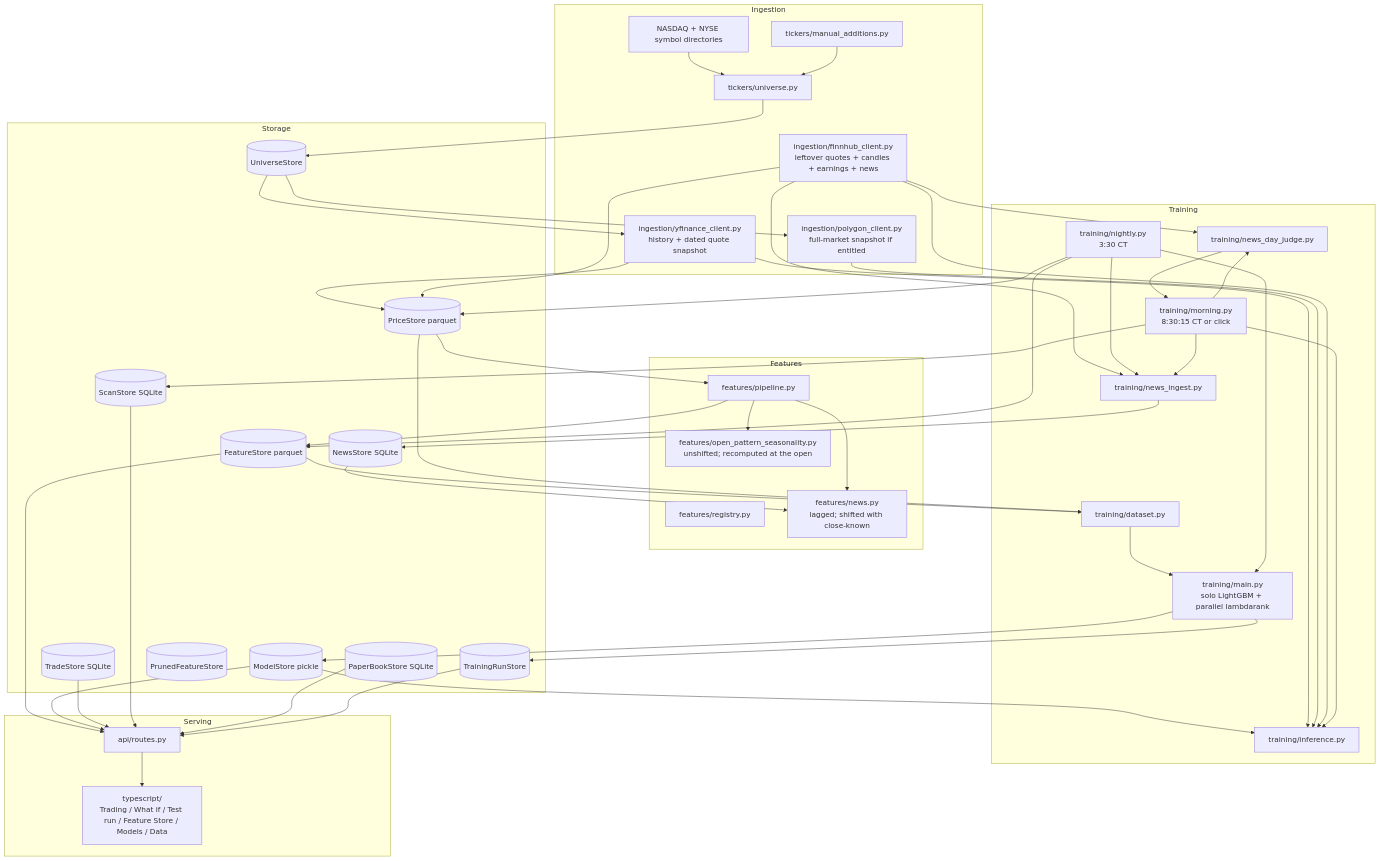
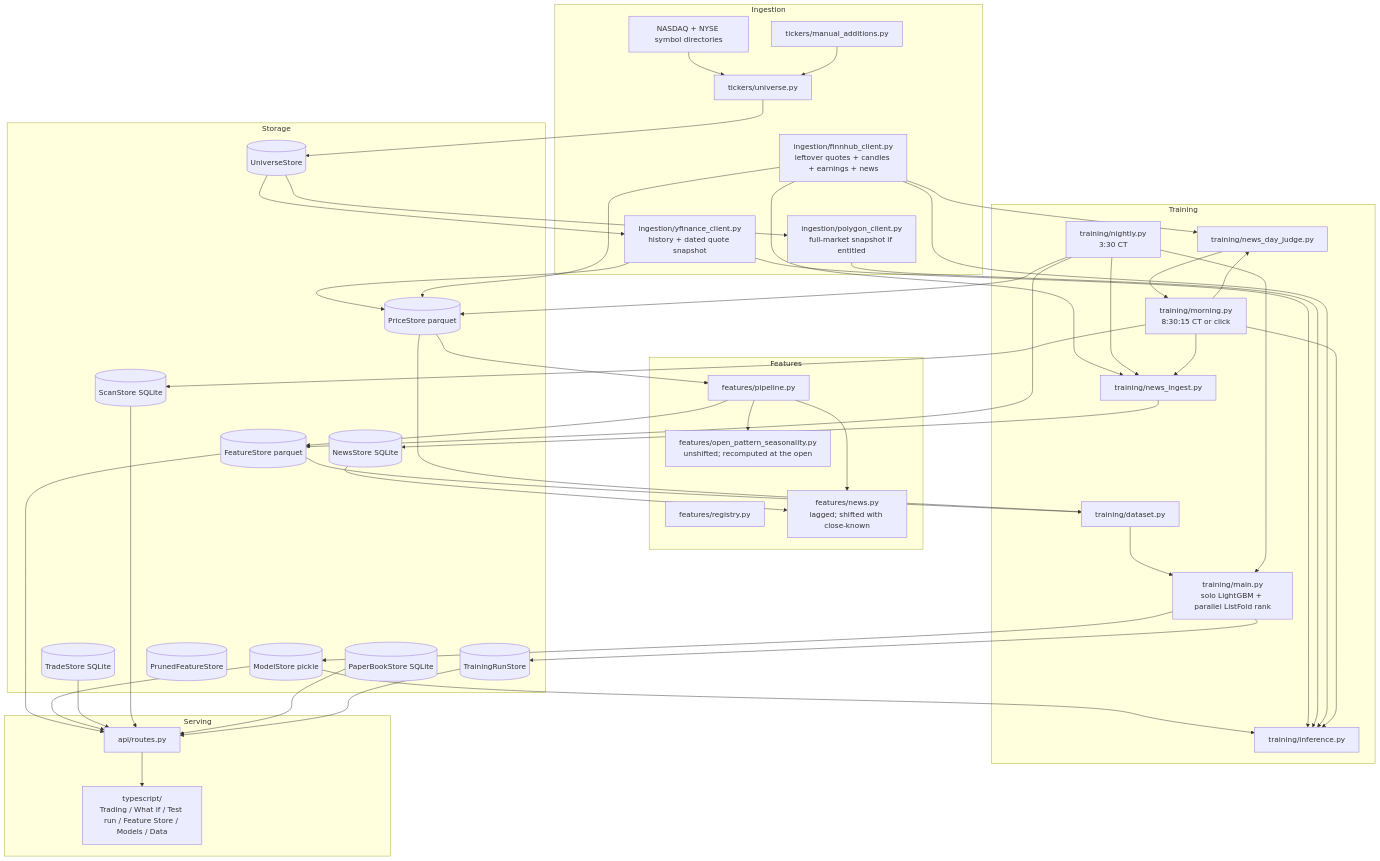
Before and after one commit to fartzy/stock-picker: the diagram in README.md, drawn with Mermaid. The commit also changed other lines of this file and 18 other files, not shown here.

First line of the commit message:
Promote Rank to ListFold; add listwise objectives and a consensus bake-off (#129)

```diff
--- a/README.md
+++ b/README.md
@@ -58,7 +58,7 @@
 
     subgraph Training
         DATASET["training/dataset.py"]
-        TRAIN["training/main.py<br/>solo LightGBM + parallel lambdarank"]
+        TRAIN["training/main.py<br/>solo LightGBM + parallel ListFold rank"]
         INFER["training/inference.py"]
         NIGHT["training/nightly.py<br/>3:30 CT"]
         MORN["training/morning.py<br/>8:30:15 CT or click"]
```
